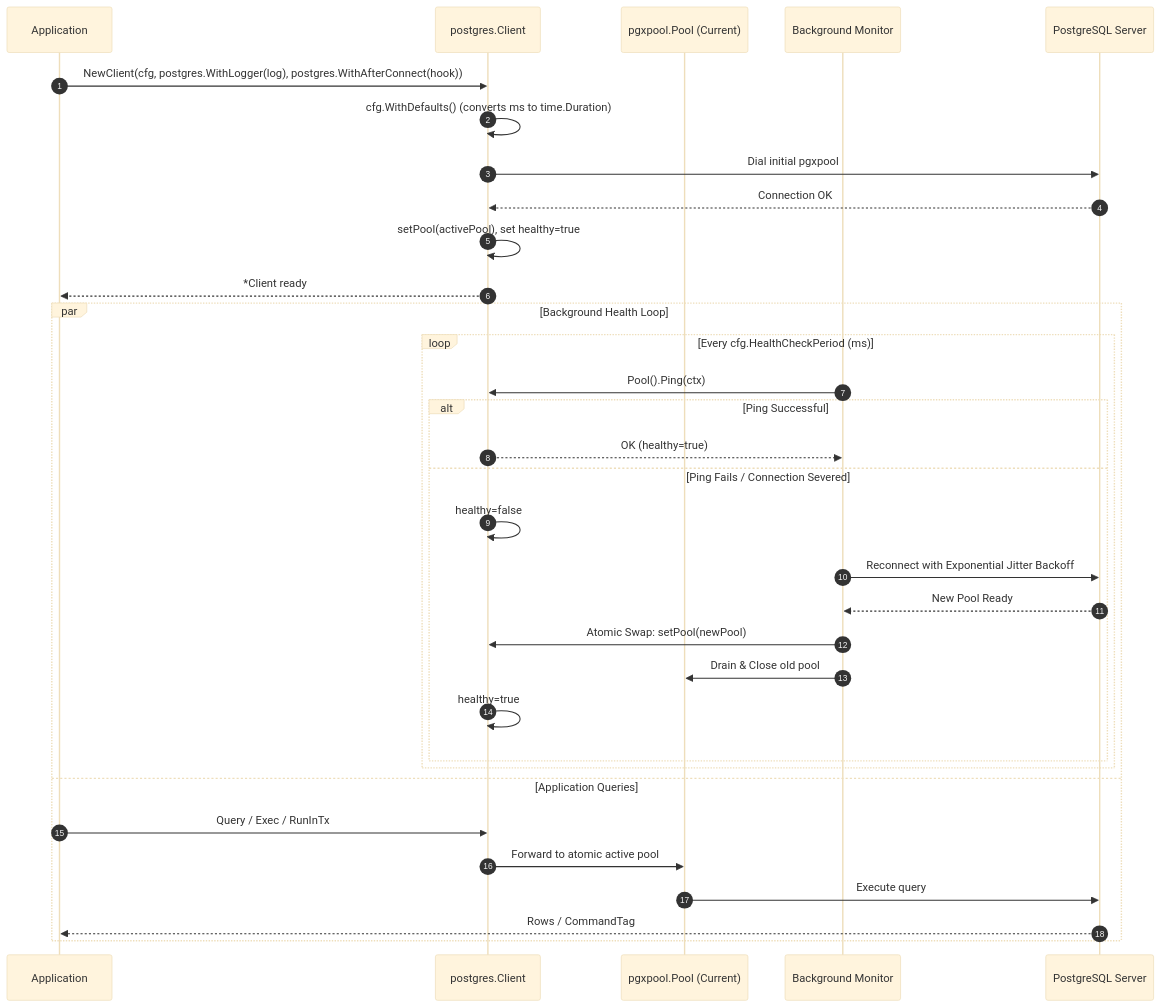
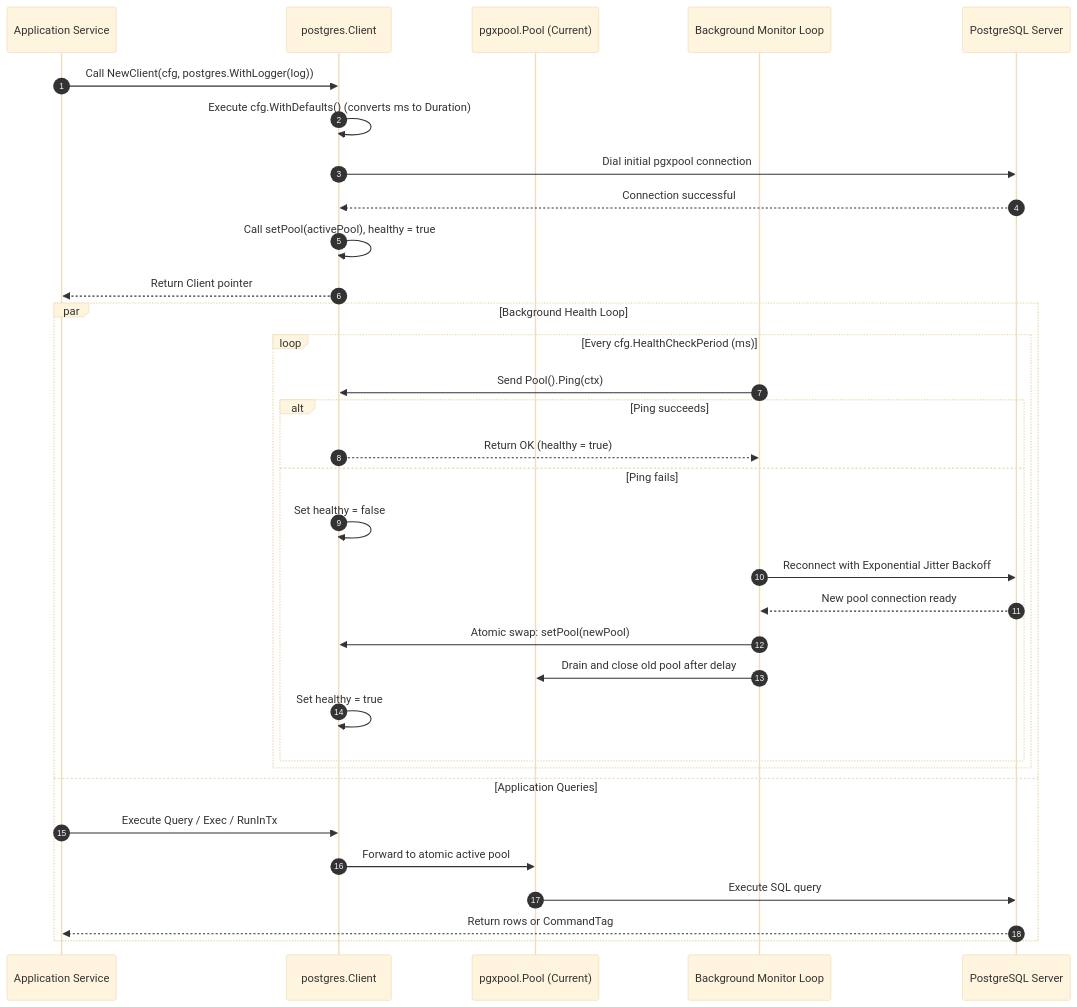
The second of 3 diagrams in ARCHITECTURE.md (Jkenyut/nvx-go-driver), drawn with Mermaid (base theme) before and after one commit. The commit also changed other lines of this file and 10 other files, not shown here.

````diff
--- a/ARCHITECTURE.md
+++ b/ARCHITECTURE.md
@@ -57,37 +57,37 @@
 ```mermaid
 sequenceDiagram
     autonumber
-    participant App as Application
+    participant App as Application Service
     participant Client as postgres.Client
     participant Pool as pgxpool.Pool (Current)
-    participant Monitor as Background Monitor
+    participant Monitor as Background Monitor Loop
     participant DB as PostgreSQL Server
 
-    App->>Client: NewClient(cfg, postgres.WithLogger(log), postgres.WithAfterConnect(hook))
-    Client->>Client: cfg.WithDefaults() (converts ms to time.Duration)
-    Client->>DB: Dial initial pgxpool
-    DB-->>Client: Connection OK
-    Client->>Client: setPool(activePool), set healthy=true
-    Client-->>App: *Client ready
+    App->>Client: Call NewClient(cfg, postgres.WithLogger(log))
+    Client->>Client: Execute cfg.WithDefaults() (converts ms to Duration)
+    Client->>DB: Dial initial pgxpool connection
+    DB-->>Client: Connection successful
+    Client->>Client: Call setPool(activePool), healthy = true
+    Client-->>App: Return Client pointer
 
     par Background Health Loop
         loop Every cfg.HealthCheckPeriod (ms)
-            Monitor->>Client: Pool().Ping(ctx)
-            alt Ping Successful
-                Client-->>Monitor: OK (healthy=true)
-            else Ping Fails / Connection Severed
-                Client->>Client: healthy=false
+            Monitor->>Client: Send Pool().Ping(ctx)
+            alt Ping succeeds
+                Client-->>Monitor: Return OK (healthy = true)
+            else Ping fails
+                Client->>Client: Set healthy = false
                 Monitor->>DB: Reconnect with Exponential Jitter Backoff
-                DB-->>Monitor: New Pool Ready
-                Monitor->>Client: Atomic Swap: setPool(newPool)
-                Monitor->>Pool: Drain & Close old pool
-                Client->>Client: healthy=true
+                DB-->>Monitor: New pool connection ready
+                Monitor->>Client: Atomic swap: setPool(newPool)
+                Monitor->>Pool: Drain and close old pool after delay
+                Client->>Client: Set healthy = true
             end
         end
     and Application Queries
-        App->>Client: Query / Exec / RunInTx
+        App->>Client: Execute Query / Exec / RunInTx
         Client->>Pool: Forward to atomic active pool
-        Pool->>DB: Execute query
-        DB-->>App: Rows / CommandTag
+        Pool->>DB: Execute SQL query
+        DB-->>App: Return rows or CommandTag
     end
 ```
````
